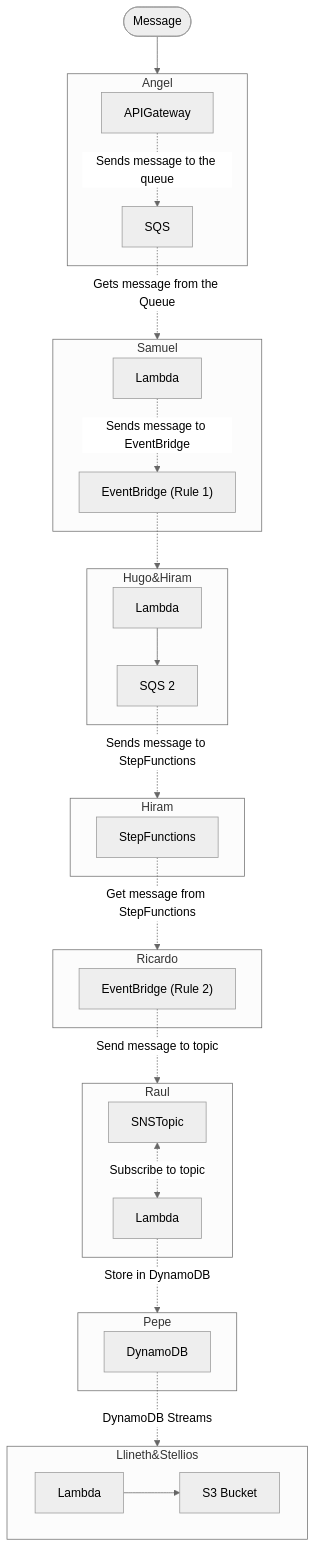
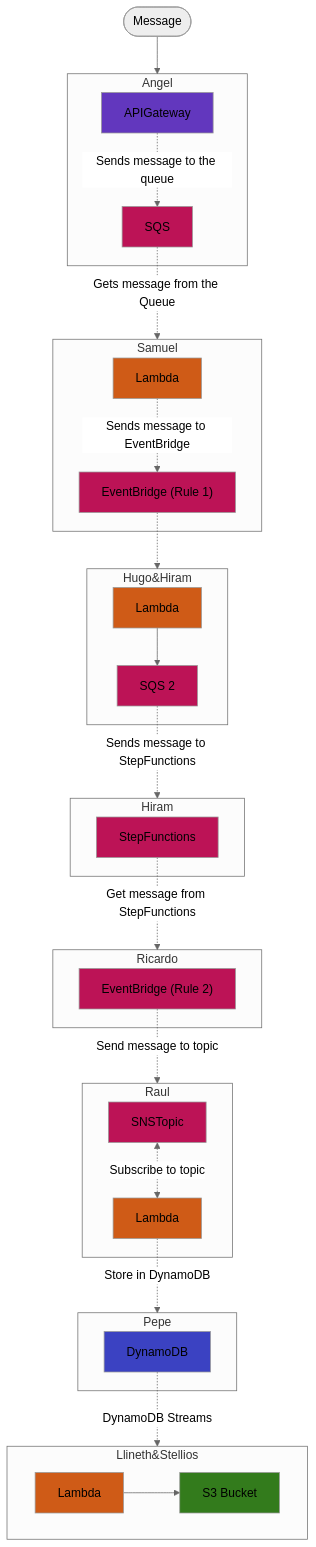
The diagram in README.md (utiliware/message-router), drawn with Mermaid (neutral theme) before and after one commit.

Commit message:
Mermaid colors

````diff
--- a/README.md
+++ b/README.md
@@ -1,50 +1,64 @@
 ``` mermaid
 flowchart TD
     Message([Message]) --> Angel
     
     subgraph Angel
         APIGateway -.Sends message to the queue.-> SQS1["SQS"]
     end
 
     SQS1 -.Gets message from the Queue.-> Samuel
 
     subgraph Samuel
         LambdaSamuel["Lambda"] -.Sends message to EventBridge.-> EventBridge1["EventBridge (Rule 1)"]
     end
 
     EventBridge1 -.-> Hugo&Hiram
 
     subgraph Hugo&Hiram
         LambdaHugoHiram["Lambda"] --> SQS2["SQS 2"]
     end
 
     SQS2 -.Sends message to StepFunctions.-> Hiram
 
     subgraph Hiram
         StepFunctions 
     end
 
     StepFunctions -.Get message from StepFunctions.-> Ricardo
 
     subgraph Ricardo
         EventBridge2["EventBridge (Rule 2)"]
     end
 
     EventBridge2 -.Send message to topic.-> Raul
 
     subgraph Raul
         SNSTopic <-.Subscribe to topic.-> LambdaRaul["Lambda"]
     end
 
     LambdaRaul -.Store in DynamoDB.-> Pepe
 
     subgraph Pepe
         DynamoDB
     end
 
     DynamoDB -.DynamoDB Streams.-> Llineth&Stellios
 
     subgraph Llineth&Stellios
         LambdaS3["Lambda"] --> S3["S3 Bucket"]
     end
+
+    style APIGateway fill:#6237be
+    style SQS1 fill:#bc1356
+    style LambdaSamuel fill:#cf5b17
+    style EventBridge1 fill:#bc1356
+    style LambdaHugoHiram fill:#cf5b17
+    style SQS2 fill:#bc1356
+    style StepFunctions fill:#bc1356
+    style EventBridge2 fill:#bc1356
+    style SNSTopic fill:#bc1356
+    style LambdaRaul fill:#cf5b17
+    style DynamoDB fill:#3b42c2
+    style LambdaS3 fill:#cf5b17
+    style S3 fill:#337b1c
 ```
````
